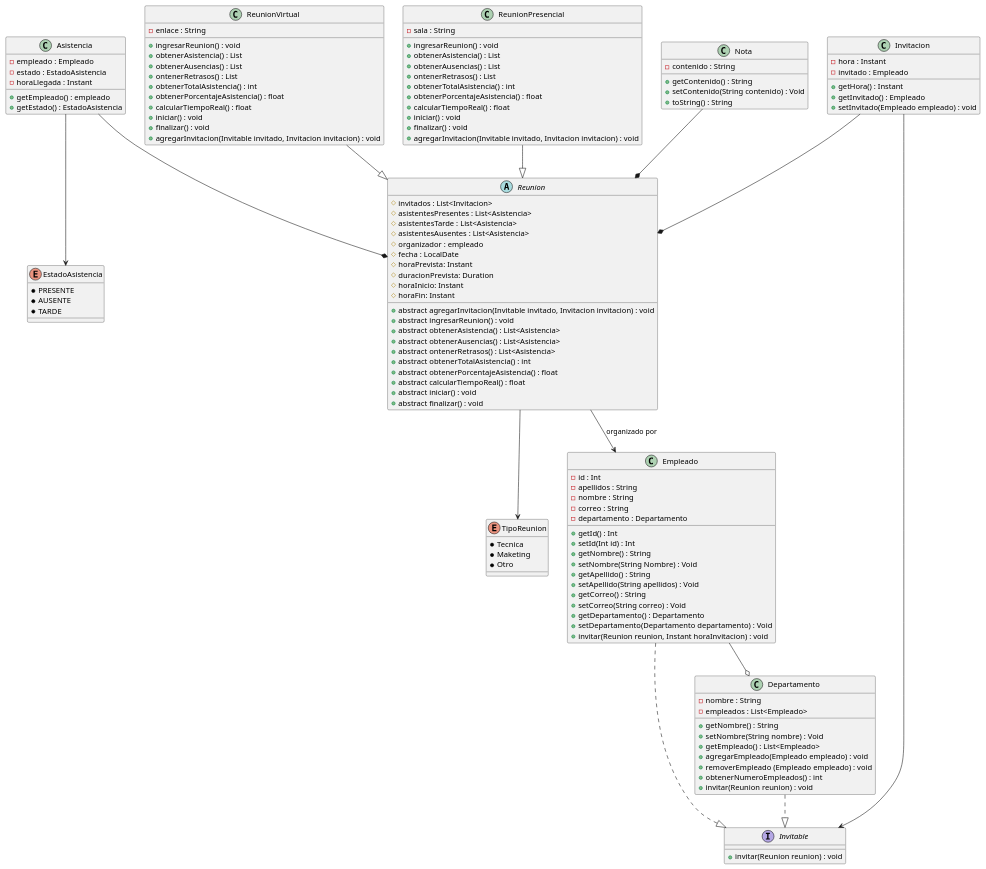
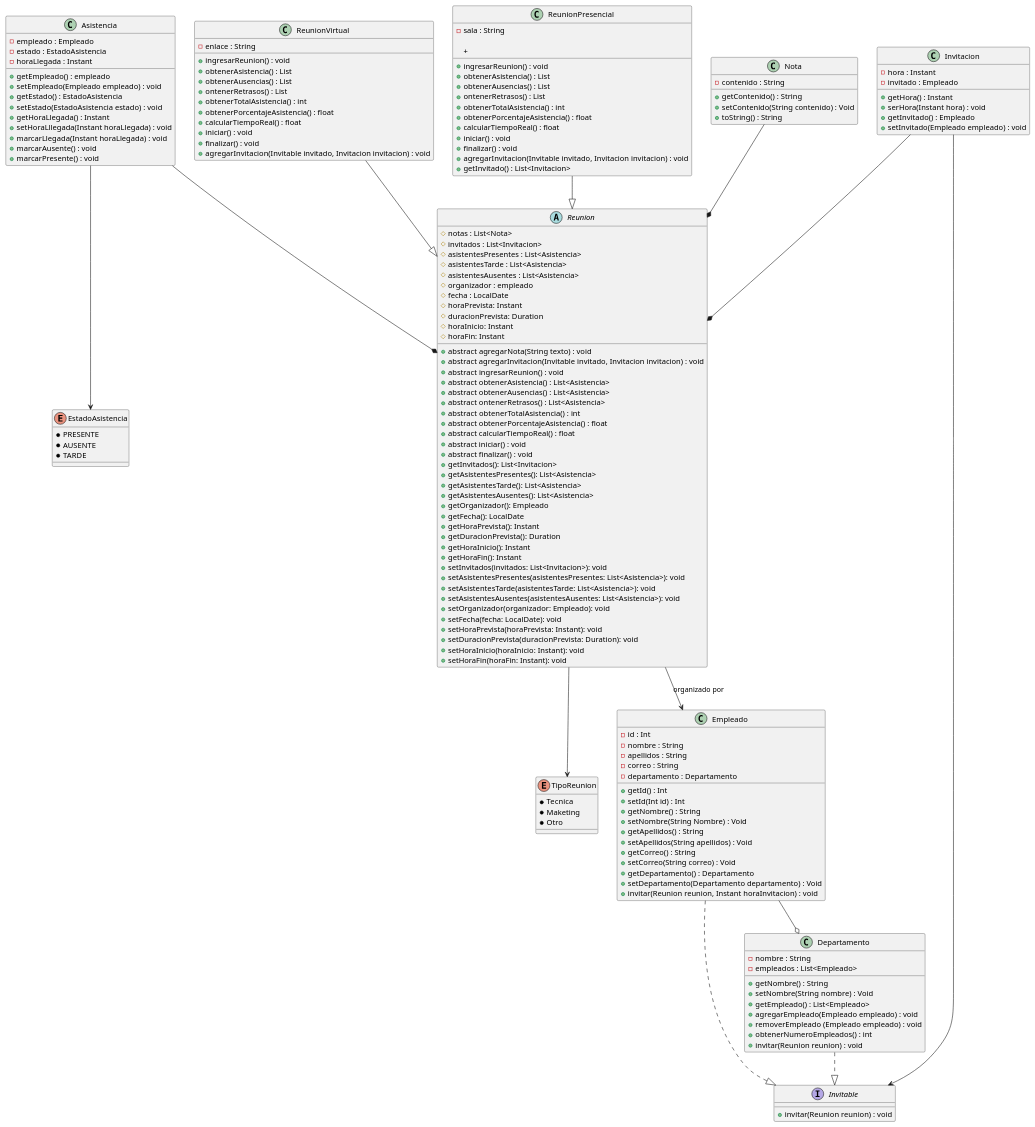
The diagram in Diagrama.puml (d-a-t-s/Tarea2), drawn with PlantUML before and after one commit. The commit also changed 2 other files, not shown here.

Commit message:
Update diagrama

```diff
--- a/Diagrama.puml
+++ b/Diagrama.puml
@@ -1,148 +1,181 @@
 @startuml
 
 abstract class Reunion {
+    # notas : List<Nota>
     # invitados : List<Invitacion>
     #asistentesPresentes : List<Asistencia>
     #asistentesTarde : List<Asistencia>
     #asistentesAusentes : List<Asistencia>
     #organizador : empleado
     #fecha : LocalDate
     # horaPrevista: Instant
     # duracionPrevista: Duration
     # horaInicio: Instant
     # horaFin: Instant
 
+    +abstract agregarNota(String texto) : void
     +abstract agregarInvitacion(Invitable invitado, Invitacion invitacion) : void
     +abstract ingresarReunion() : void
     +abstract obtenerAsistencia() : List<Asistencia>
     +abstract obtenerAusencias() : List<Asistencia>
     +abstract ontenerRetrasos() : List<Asistencia>
     +abstract obtenerTotalAsistencia() : int
     +abstract obtenerPorcentajeAsistencia() : float
     +abstract calcularTiempoReal() : float
     +abstract iniciar() : void
     +abstract finalizar() : void
+    + getInvitados(): List<Invitacion>
+    + getAsistentesPresentes(): List<Asistencia>
+    + getAsistentesTarde(): List<Asistencia>
+    + getAsistentesAusentes(): List<Asistencia>
+    + getOrganizador(): Empleado
+    + getFecha(): LocalDate
+    + getHoraPrevista(): Instant
+    + getDuracionPrevista(): Duration
+    + getHoraInicio(): Instant
+    + getHoraFin(): Instant
+    + setInvitados(invitados: List<Invitacion>): void
+    + setAsistentesPresentes(asistentesPresentes: List<Asistencia>): void
+    + setAsistentesTarde(asistentesTarde: List<Asistencia>): void
+    + setAsistentesAusentes(asistentesAusentes: List<Asistencia>): void
+    + setOrganizador(organizador: Empleado): void
+    + setFecha(fecha: LocalDate): void
+    + setHoraPrevista(horaPrevista: Instant): void
+    + setDuracionPrevista(duracionPrevista: Duration): void
+    + setHoraInicio(horaInicio: Instant): void
+    + setHoraFin(horaFin: Instant): void
 }
 
 enum TipoReunion {
   * Tecnica
   * Maketing
   * Otro
 }
 
 enum EstadoAsistencia {
     * PRESENTE
     * AUSENTE
     * TARDE
 }
 
 class Nota {
   - contenido : String
 
   +getContenido() : String
   +setContenido(String contenido) : Void
   +toString() : String
 }
 
 class Invitacion {
   - hora : Instant
   - invitado : Empleado
 
   +getHora() : Instant
+  +serHora(Instant hora) : void
   +getInvitado() : Empleado
   +setInvitado(Empleado empleado) : void
 }
 
 class Asistencia {
     - empleado : Empleado
     - estado : EstadoAsistencia
     - horaLlegada : Instant
 
     + getEmpleado() : empleado
+    + setEmpleado(Empleado empleado) : void
     + getEstado() : EstadoAsistencia
+    + setEstado(EstadoAsistencia estado) : void
+    + getHoraLlegada() : Instant
+    + setHoraLllegada(Instant horaLlegada) : void
+    + marcarLlegada(Instant horaLlegada) : void
+    + marcarAusente() : void
+    + marcarPresente() : void
 }
+
 
 interface Invitable {
 
     +invitar(Reunion reunion) : void
 }
 
 class ReunionVirtual {
     - enlace : String
 
     + ingresarReunion() : void
     + obtenerAsistencia() : List
     + obtenerAusencias() : List
     + ontenerRetrasos() : List
     + obtenerTotalAsistencia() : int
     + obtenerPorcentajeAsistencia() : float
     + calcularTiempoReal() : float
     + iniciar() : void
     + finalizar() : void
     + agregarInvitacion(Invitable invitado, Invitacion invitacion) : void
 }
 
 class ReunionPresencial {
     - sala : String
 
     + ingresarReunion() : void
-        + obtenerAsistencia() : List
-        + obtenerAusencias() : List
-        + ontenerRetrasos() : List
-        + obtenerTotalAsistencia() : int
-        + obtenerPorcentajeAsistencia() : float
-        + calcularTiempoReal() : float
-        + iniciar() : void
-        + finalizar() : void
-        + agregarInvitacion(Invitable invitado, Invitacion invitacion) : void
+    + obtenerAsistencia() : List
+    + obtenerAusencias() : List
+    + ontenerRetrasos() : List
+    + obtenerTotalAsistencia() : int
+    + obtenerPorcentajeAsistencia() : float
+    + calcularTiempoReal() : float
+    + iniciar() : void
+    + finalizar() : void
+    + agregarInvitacion(Invitable invitado, Invitacion invitacion) : void
+    + getInvitado() : List<Invitacion>
+    +
 }
 
 class Empleado {
     - id : Int
+    - nombre : String
     - apellidos : String
-    - nombre : String
     - correo : String
     - departamento : Departamento
 
     +getId() : Int
     +setId(Int id) : Int
     +getNombre() : String
     +setNombre(String Nombre) : Void
-    +getApellido() : String
-    +setApellido(String apellidos) : Void
+    +getApellidos() : String
+    +setApellidos(String apellidos) : Void
     +getCorreo() : String
     +setCorreo(String correo) : Void
     +getDepartamento() : Departamento
     +setDepartamento(Departamento departamento) : Void
     +invitar(Reunion reunion, Instant horaInvitacion) : void
 
 
 }
 
 class Departamento {
     - nombre : String
     - empleados : List<Empleado>
 
     +getNombre() : String
     +setNombre(String nombre) : Void
     +getEmpleado() : List<Empleado>
     +agregarEmpleado(Empleado empleado) : void
     +removerEmpleado (Empleado empleado) : void
     +obtenerNumeroEmpleados() : int
     +invitar(Reunion reunion) : void
 }
 
 Nota --* Reunion
 Asistencia --* Reunion
 Invitacion --* Reunion
 ReunionVirtual --|> Reunion
 ReunionPresencial --|> Reunion
 Reunion --> TipoReunion
 Invitacion --> Invitable
 Reunion  --> Empleado: organizado por
 Empleado --o Departamento
 Empleado ..|> Invitable
 Departamento ..|> Invitable
 Asistencia --> EstadoAsistencia
 
 @enduml
```
